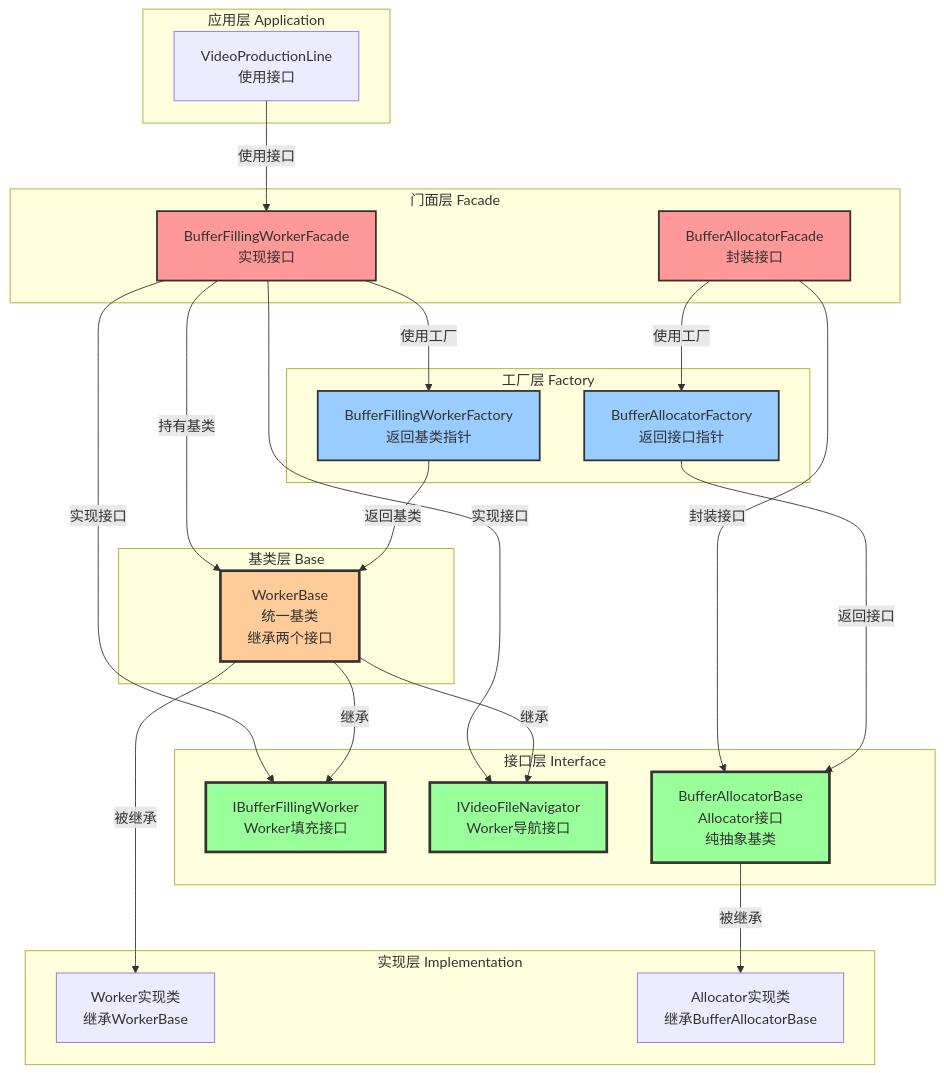
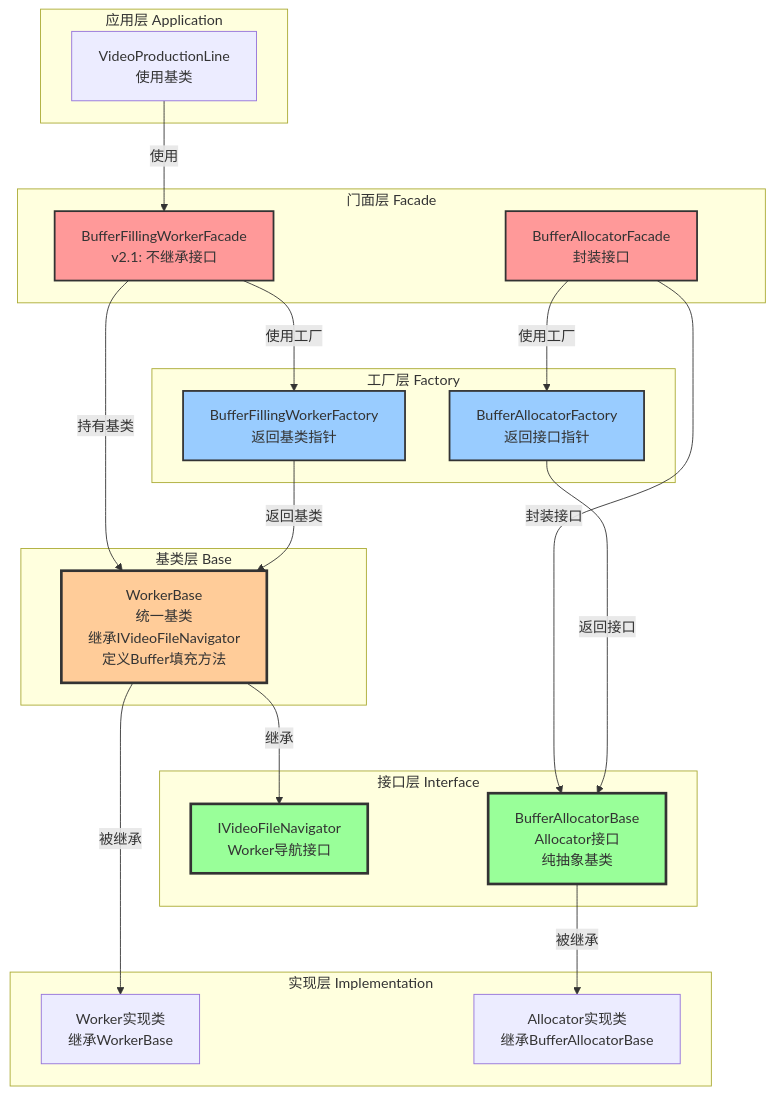
Before and after one commit to luoxiafeng-1990/components: the first of 6 diagrams in ARCHITECTURE.md, drawn with Mermaid. The commit also changed other lines of this file and 14 other files, not shown here.

````diff
--- a/ARCHITECTURE.md
+++ b/ARCHITECTURE.md
@@ -796,55 +805,50 @@
 ```mermaid
 graph TB
     subgraph "应用层 Application"
-        VPL[VideoProductionLine<br/>使用接口]
+        VPL[VideoProductionLine<br/>使用基类]
     end
     
     subgraph "门面层 Facade"
-        BFW[BufferFillingWorkerFacade<br/>实现接口]
+        BFW[BufferFillingWorkerFacade<br/>v2.1: 不继承接口]
         BAF[BufferAllocatorFacade<br/>封装接口]
     end
     
     subgraph "工厂层 Factory"
         BFWFactory[BufferFillingWorkerFactory<br/>返回基类指针]
         BAFactory[BufferAllocatorFactory<br/>返回接口指针]
     end
     
     subgraph "接口层 Interface"
-        IBFW[IBufferFillingWorker<br/>Worker填充接口]
         IVFN[IVideoFileNavigator<br/>Worker导航接口]
         BAB[BufferAllocatorBase<br/>Allocator接口<br/>纯抽象基类]
     end
     
     subgraph "基类层 Base"
-        WB[WorkerBase<br/>统一基类<br/>继承两个接口]
+        WB[WorkerBase<br/>统一基类<br/>继承IVideoFileNavigator<br/>定义Buffer填充方法]
     end
     
     subgraph "实现层 Implementation"
         WorkerImpl[Worker实现类<br/>继承WorkerBase]
         AllocatorImpl[Allocator实现类<br/>继承BufferAllocatorBase]
     end
     
-    VPL -->|使用接口| BFW
-    BFW -->|实现接口| IBFW
-    BFW -->|实现接口| IVFN
+    VPL -->|使用| BFW
     BFW -->|持有基类| WB
     BFW -->|使用工厂| BFWFactory
     BFWFactory -->|返回基类| WB
-    WB -->|继承| IBFW
     WB -->|继承| IVFN
     WB -->|被继承| WorkerImpl
     
     BAF -->|封装接口| BAB
     BAF -->|使用工厂| BAFactory
     BAFactory -->|返回接口| BAB
     BAB -->|被继承| AllocatorImpl
     
-    style IBFW fill:#99ff99,stroke:#333,stroke-width:3px
     style IVFN fill:#99ff99,stroke:#333,stroke-width:3px
     style BAB fill:#99ff99,stroke:#333,stroke-width:3px
     style WB fill:#ffcc99,stroke:#333,stroke-width:3px
     style BFW fill:#ff9999,stroke:#333,stroke-width:2px
     style BAF fill:#ff9999,stroke:#333,stroke-width:2px
     style BFWFactory fill:#99ccff,stroke:#333,stroke-width:2px
     style BAFactory fill:#99ccff,stroke:#333,stroke-width:2px
 ```
````
